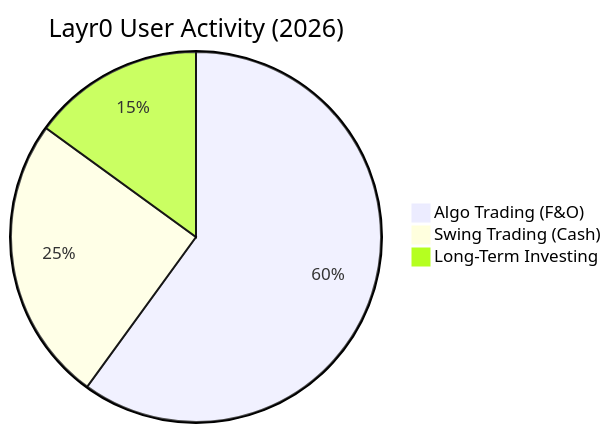
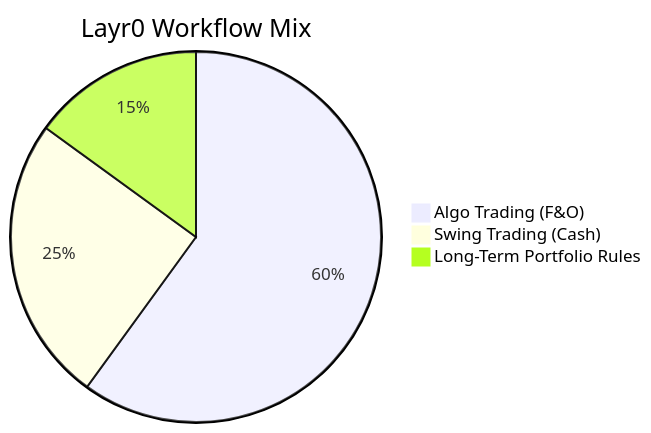
One commit to Radii-Holdings/web-home changed the diagram in content/Revolutionizing-Indian-Stock-Market-Trading/index.mdx. Above: the diagram before and after it, drawn with Mermaid. The commit also changed other lines of this file and 32 other files, not shown here.

````diff
--- a/content/Revolutionizing-Indian-Stock-Market-Trading/index.mdx
+++ b/content/Revolutionizing-Indian-Stock-Market-Trading/index.mdx
@@ -59,7 +57,7 @@
 ```mermaid
 pie
-    title Layr0 User Activity (2026)
+    title Layr0 Workflow Mix
     "Algo Trading (F&O)" : 60
     "Swing Trading (Cash)" : 25
-    "Long-Term Investing" : 15
+    "Long-Term Portfolio Rules" : 15
 ```
````
